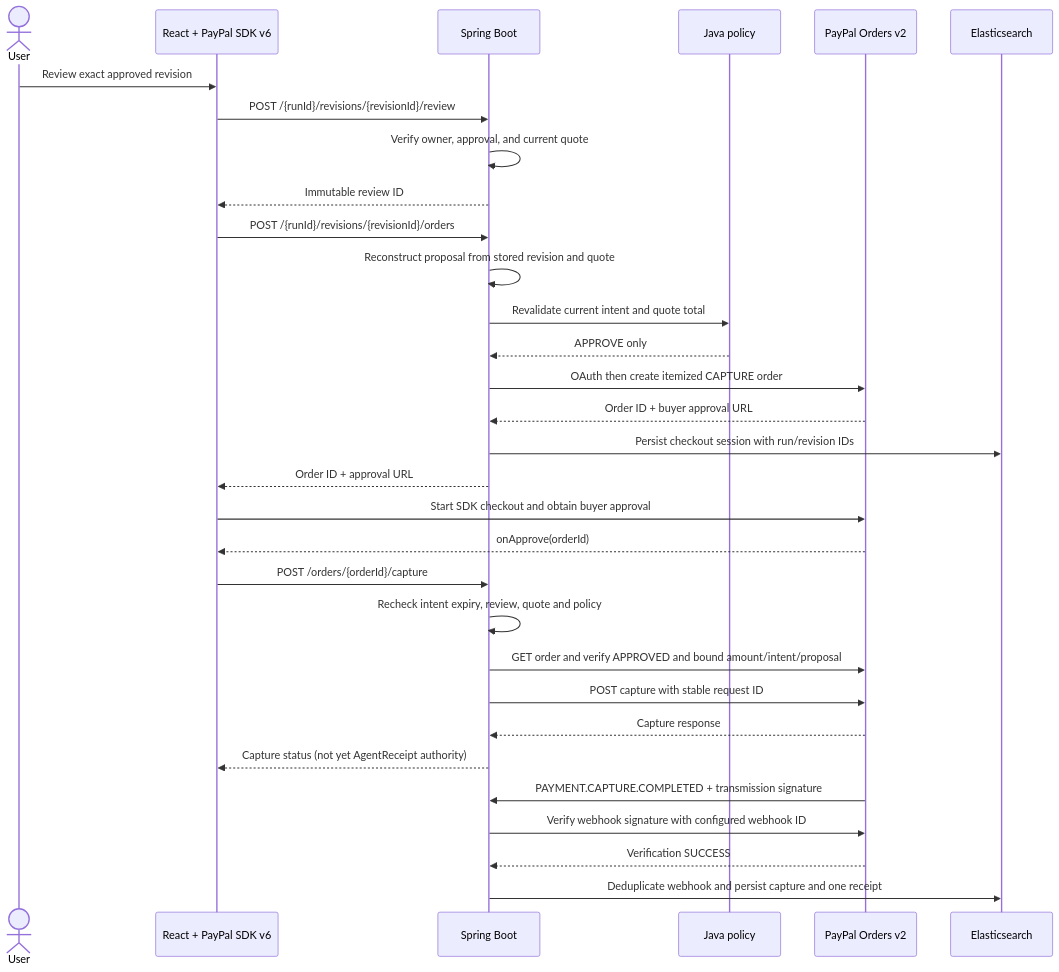
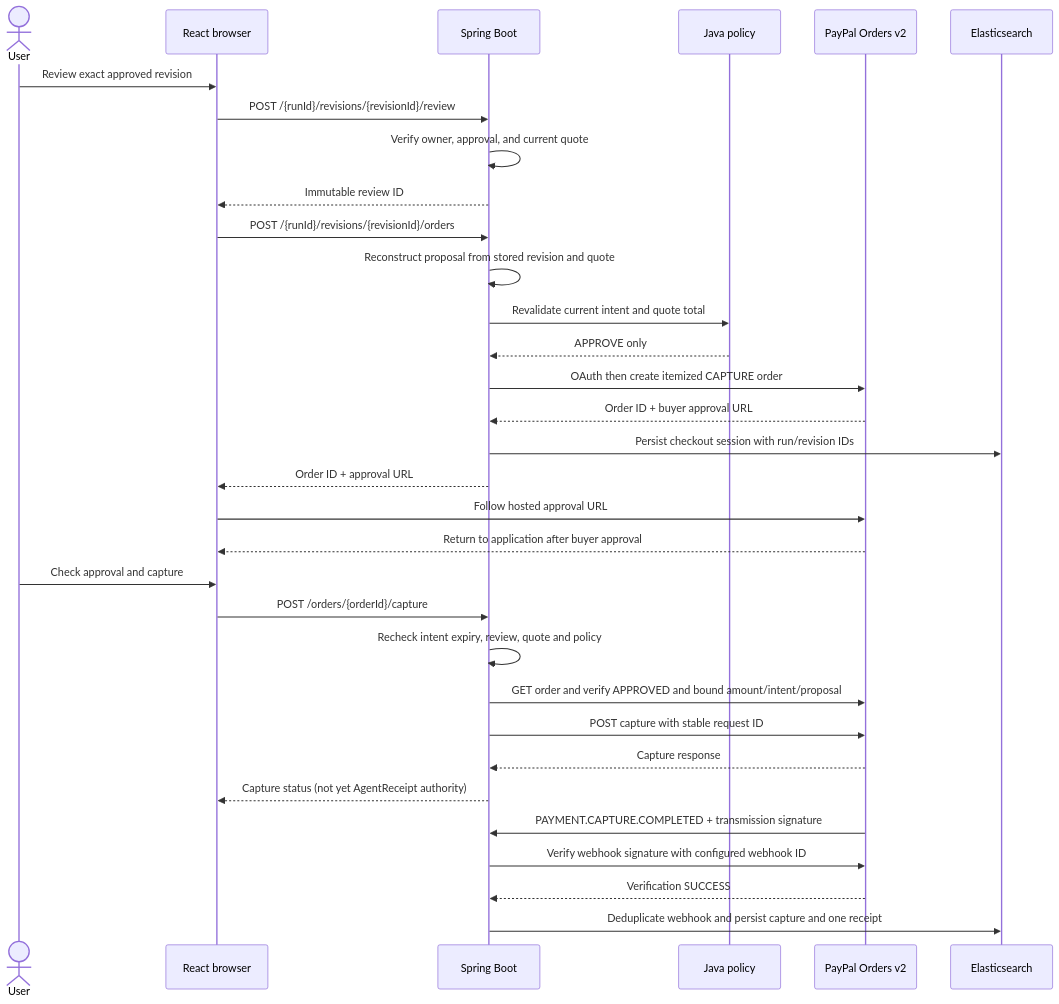
One commit to aashanashanu/intent-os changed the third of 4 diagrams in docs/architecture.md. Above: the diagram before and after it, drawn with Mermaid. The commit also changed other lines of this file and 19 other files, not shown here.

````diff
--- a/docs/architecture.md
+++ b/docs/architecture.md
@@ -104,34 +104,35 @@
 ```mermaid
 sequenceDiagram
     actor User
-    participant UI as React + PayPal SDK v6
+    participant UI as React browser
     participant API as Spring Boot
     participant Policy as Java policy
     participant PayPal as PayPal Orders v2
     participant Elastic as Elasticsearch
 
     User->>UI: Review exact approved revision
     UI->>API: POST /{runId}/revisions/{revisionId}/review
     API->>API: Verify owner, approval, and current quote
     API-->>UI: Immutable review ID
     UI->>API: POST /{runId}/revisions/{revisionId}/orders
     API->>API: Reconstruct proposal from stored revision and quote
     API->>Policy: Revalidate current intent and quote total
     Policy-->>API: APPROVE only
     API->>PayPal: OAuth then create itemized CAPTURE order
     PayPal-->>API: Order ID + buyer approval URL
     API->>Elastic: Persist checkout session with run/revision IDs
     API-->>UI: Order ID + approval URL
-    UI->>PayPal: Start SDK checkout and obtain buyer approval
-    PayPal-->>UI: onApprove(orderId)
+    UI->>PayPal: Follow hosted approval URL
+    PayPal-->>UI: Return to application after buyer approval
+    User->>UI: Check approval and capture
     UI->>API: POST /orders/{orderId}/capture
     API->>API: Recheck intent expiry, review, quote and policy
     API->>PayPal: GET order and verify APPROVED and bound amount/intent/proposal
     API->>PayPal: POST capture with stable request ID
     PayPal-->>API: Capture response
     API-->>UI: Capture status (not yet AgentReceipt authority)
     PayPal->>API: PAYMENT.CAPTURE.COMPLETED + transmission signature
     API->>PayPal: Verify webhook signature with configured webhook ID
     PayPal-->>API: Verification SUCCESS
     API->>Elastic: Deduplicate webhook and persist capture and one receipt
 ```
````
